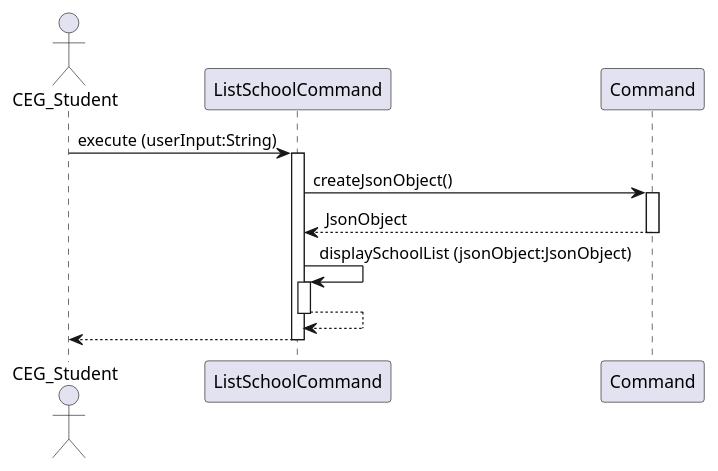
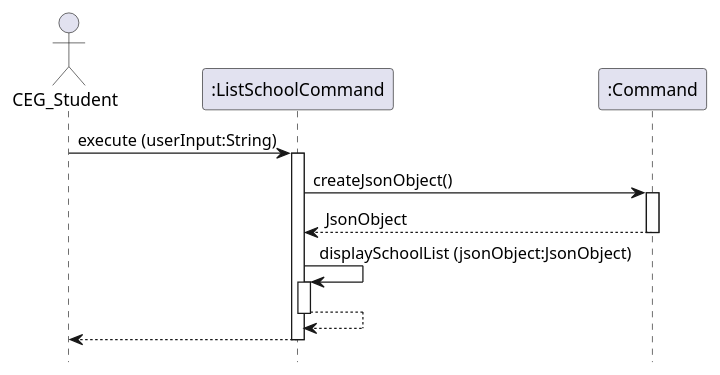
One commit to nus-cs2113-AY2425S1/tp changed the diagram in uml-diagrams/ListSchoolsCommand.puml. Above: the diagram before and after it, drawn with PlantUML. The commit also changed 1 other file, not shown here.

Commit message:
Neaten UML diagram

```diff
--- a/uml-diagrams/ListSchoolsCommand.puml
+++ b/uml-diagrams/ListSchoolsCommand.puml
@@ -1,23 +1,26 @@
 @startuml
+
+hide footbox
+
 actor CEG_Student
-participant ListSchoolCommand
-participant Command
+participant ":ListSchoolCommand" as ListSchoolCommand
+participant ":Command" as Command
 
 CEG_Student -> ListSchoolCommand: execute (userInput:String)
 activate ListSchoolCommand
 
 ListSchoolCommand -> Command: createJsonObject()
 activate Command
 
 Command --> ListSchoolCommand: JsonObject
 deactivate Command
 
 ListSchoolCommand -> ListSchoolCommand: displaySchoolList (jsonObject:JsonObject)
 activate ListSchoolCommand
 
 ListSchoolCommand --> ListSchoolCommand
 deactivate ListSchoolCommand
 
 ListSchoolCommand --> CEG_Student
 deactivate ListSchoolCommand
 @enduml
```
